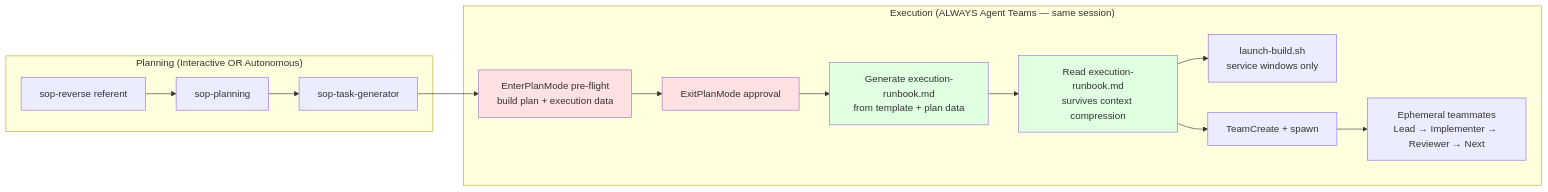
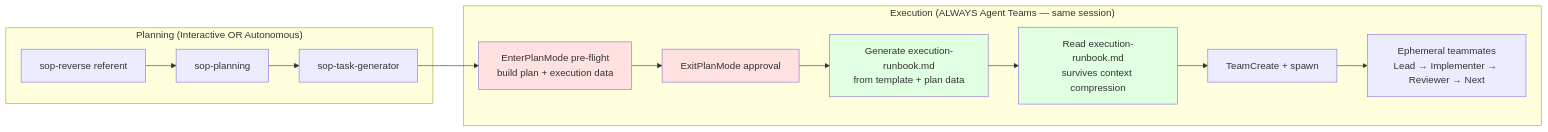
One commit to Dario-Arcos/ai-framework changed the diagram in skills/ralph-orchestrator/references/execution-paths.md. Above: the diagram before and after it, drawn with Mermaid. The commit also changed other lines of this file and 23 other files, not shown here.

````diff
--- a/skills/ralph-orchestrator/references/execution-paths.md
+++ b/skills/ralph-orchestrator/references/execution-paths.md
@@ -175,22 +167,21 @@
 ```mermaid
 graph LR
     subgraph "Planning (Interactive OR Autonomous)"
         A[sop-reverse referent] --> B[sop-planning]
         B --> C[sop-task-generator]
     end
 
     subgraph "Execution (ALWAYS Agent Teams — same session)"
         C --> D[EnterPlanMode pre-flight<br/>build plan + execution data]
         D --> E[ExitPlanMode approval]
         E --> W[Generate execution-runbook.md<br/>from template + plan data]
         W --> R[Read execution-runbook.md<br/>survives context compression]
-        R --> F[launch-build.sh<br/>service windows only]
         R --> G[TeamCreate + spawn]
         G --> H[Ephemeral teammates<br/>Lead → Implementer → Reviewer → Next]
     end
 
     style D fill:#ffe1e1
     style E fill:#ffe1e1
     style W fill:#e1ffe1
     style R fill:#e1ffe1
 ```
````
